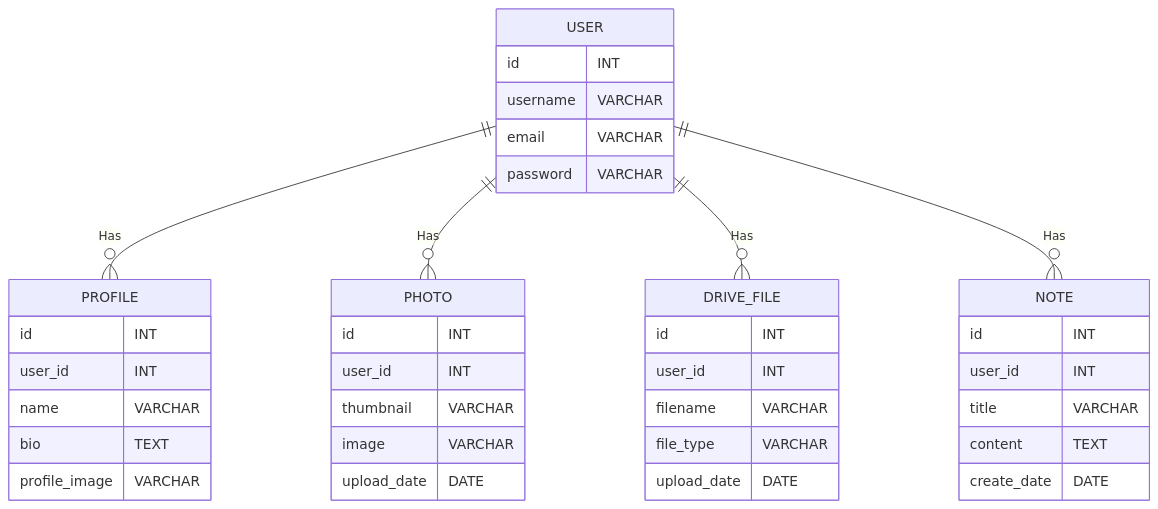
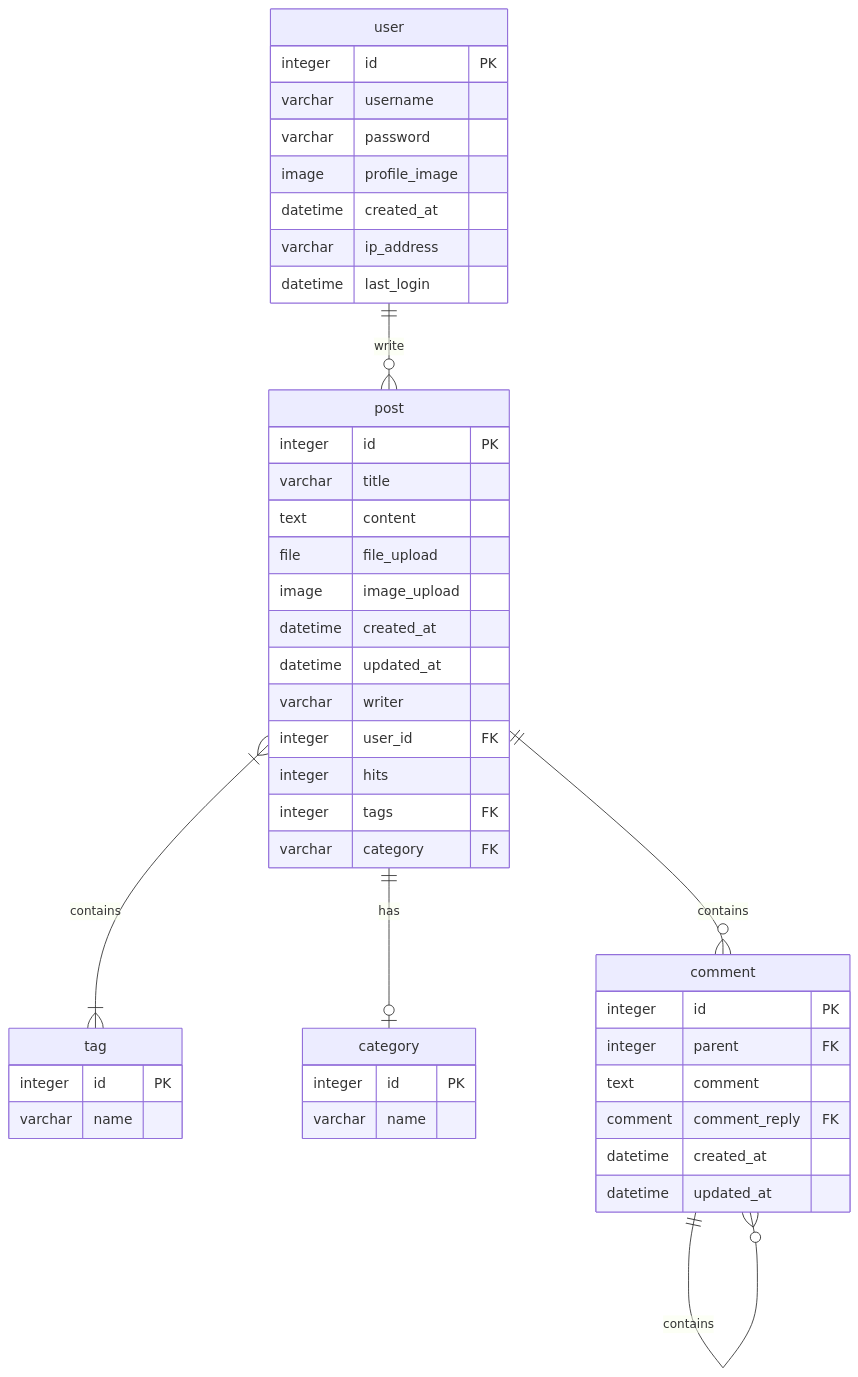
One commit to Jinseonghyun/Django_jshop changed the third of 5 diagrams in README.md. Above: the diagram before and after it, drawn with Mermaid. The commit also changed other lines of this file and 11 other files, not shown here.

````diff
--- a/README.md
+++ b/README.md
@@ -87,47 +440,50 @@
 ```mermaid
 erDiagram
-  USER {
-    id INT
-    username VARCHAR
-    email VARCHAR
-    password VARCHAR
-  }
-
-  PROFILE {
-    id INT
-    user_id INT
-    name VARCHAR
-    bio TEXT
-    profile_image VARCHAR
-  }
-
-  PHOTO {
-    id INT
-    user_id INT
-    thumbnail VARCHAR
-    image VARCHAR
-    upload_date DATE
-  }
-
-  DRIVE_FILE {
-    id INT
-    user_id INT
-    filename VARCHAR
-    file_type VARCHAR
-    upload_date DATE
-  }
-
-  NOTE {
-    id INT
-    user_id INT
-    title VARCHAR
-    content TEXT
-    create_date DATE
-  }
-
-  USER ||--o{ PROFILE : Has
-  USER ||--o{ PHOTO : Has
-  USER ||--o{ DRIVE_FILE : Has
-  USER ||--o{ NOTE : Has
+    user ||--o{ post : write
+    user {
+      integer id PK
+      varchar username
+      varchar password
+      image profile_image
+      datetime created_at
+      varchar ip_address
+      datetime last_login
+    }
+    post }|--|{ tag : contains
+    post ||--o| category : has
+    post {
+      integer id PK
+      varchar title
+      text content
+      file file_upload
+      image image_upload
+      datetime created_at
+      datetime updated_at
+      varchar writer
+      integer user_id FK
+      integer hits
+      integer tags FK
+      varchar category FK
+    }
+    post ||--o{ comment : contains
+    comment ||--o{ comment : contains
+    comment {
+      integer id PK
+      integer parent FK
+      text comment
+      comment comment_reply FK
+      datetime created_at
+      datetime updated_at
+    }
+    
+    tag {
+      integer id PK
+      varchar name
+    }
+    
+    category {
+      integer id PK
+      varchar name
+    }
 
 ```
````
